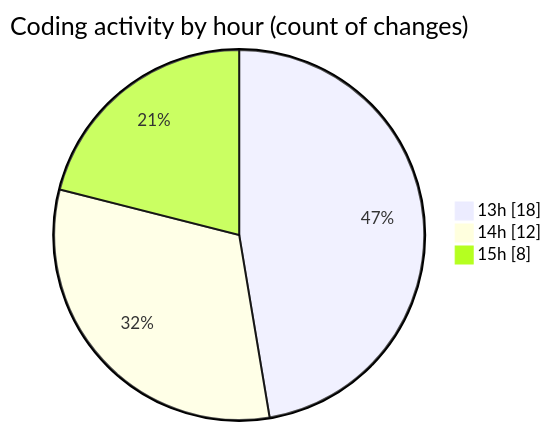
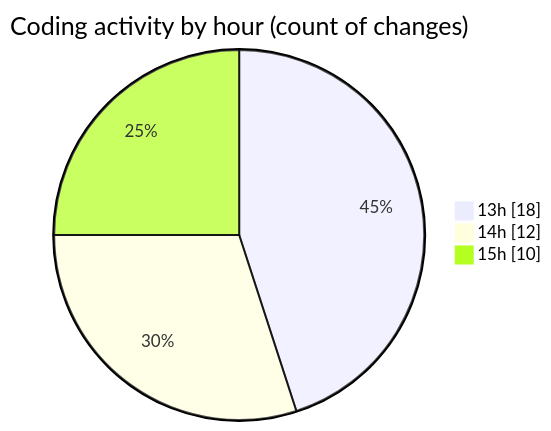
One commit to idhammustaqopulfikri/code-tracking changed the second of 2 diagrams in 2025-06-16/studio-backend/README.md. Above: the diagram before and after it, drawn with Mermaid. The commit also changed other lines of this file and 1 other file, not shown here.

````diff
--- a/2025-06-16/studio-backend/README.md
+++ b/2025-06-16/studio-backend/README.md
@@ -33,7 +33,7 @@
 ```mermaid
 pie showData
 title Coding activity by hour (count of changes)
 "13h" : 18
 "14h" : 12
-"15h" : 8
+"15h" : 10
 ```
````
